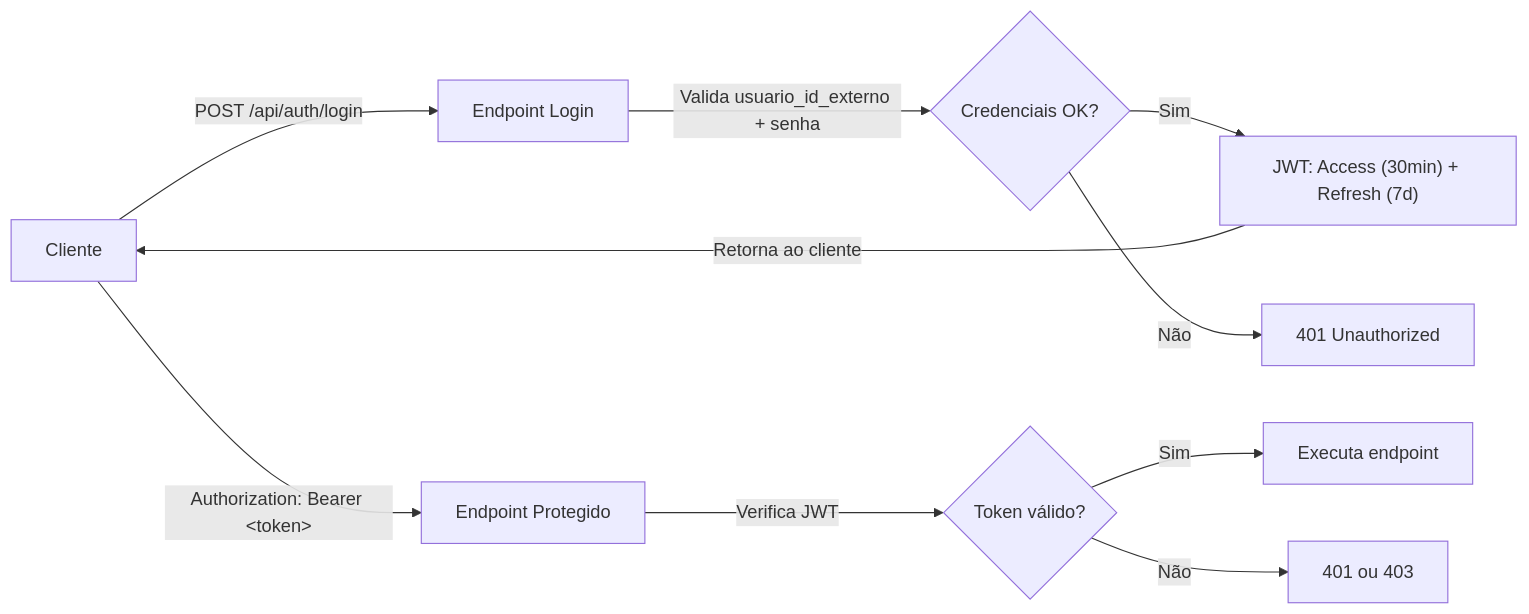
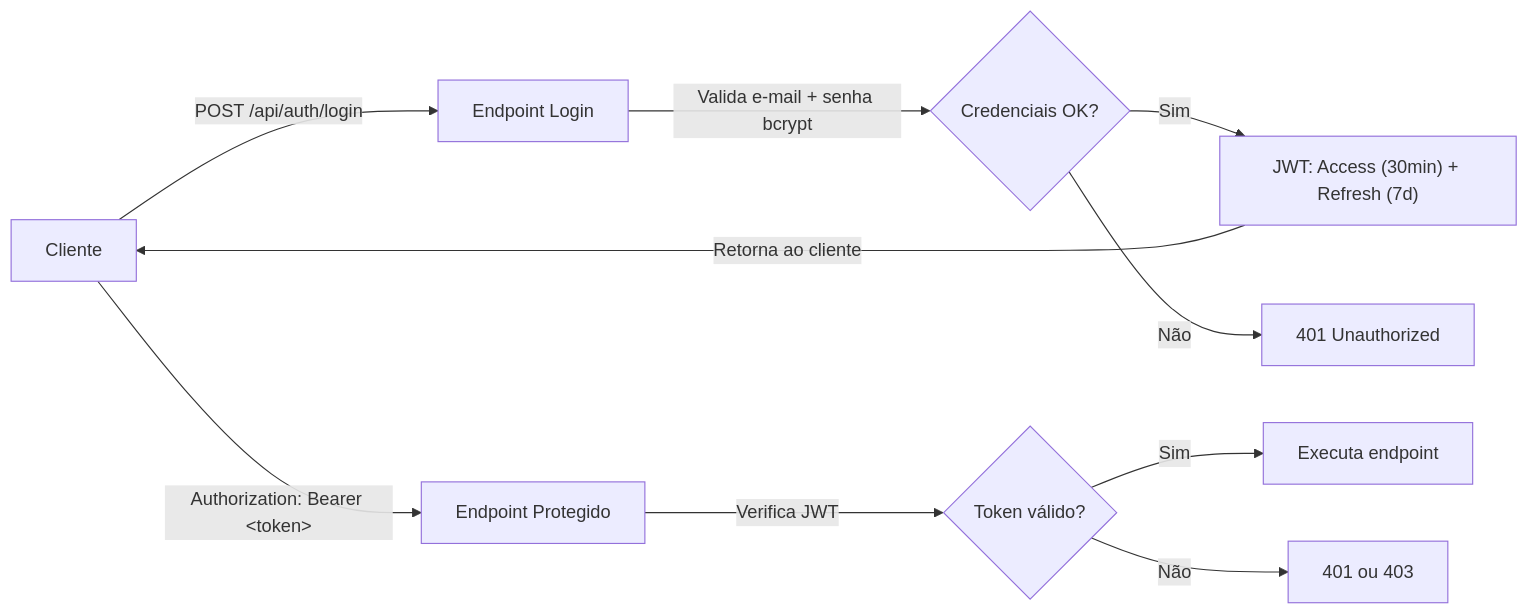
One commit to ricardorodrigues-60hz/lista-telefonica-hcfmb changed the diagram in backend/README.md. Above: the diagram before and after it, drawn with Mermaid. The commit also changed other lines of this file and 27 other files, not shown here.

````diff
--- a/backend/README.md
+++ b/backend/README.md
@@ -153,12 +177,12 @@
 ```mermaid
 graph LR
     A[Cliente] -->|POST /api/auth/login| B[Endpoint Login]
-    B -->|Valida usuario_id_externo + senha| C{Credenciais OK?}
+    B -->|Valida e-mail + senha bcrypt| C{Credenciais OK?}
     C -->|Sim| D["JWT: Access (30min) + Refresh (7d)"]
     C -->|Não| E[401 Unauthorized]
     D -->|Retorna ao cliente| A
     A -->|Authorization: Bearer &lt;token&gt;| F[Endpoint Protegido]
     F -->|Verifica JWT| G{Token válido?}
     G -->|Sim| H[Executa endpoint]
     G -->|Não| I[401 ou 403]
 ```
````
